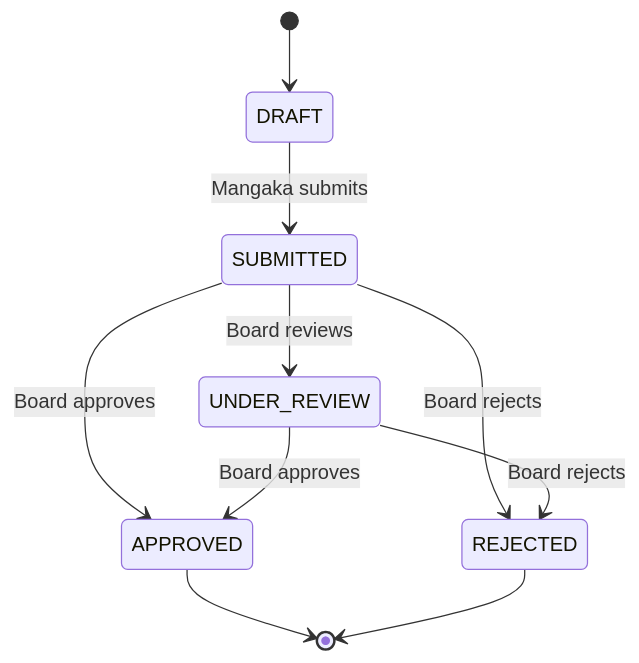
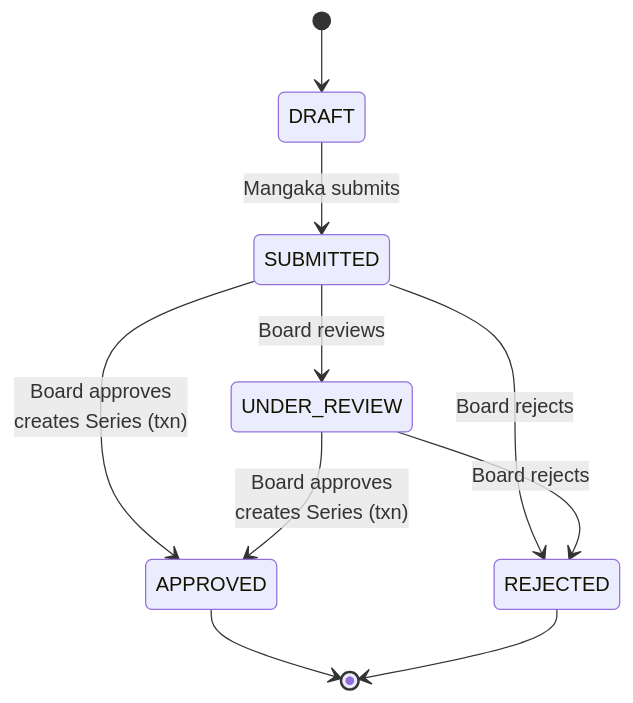
Before and after one commit to zun3007/Manga-Creation-Workflow-and-Publishing-Management-System: the second of 8 diagrams in documents/02-architecture/03-domain-model-and-state-machines.md, drawn with Mermaid. The commit also changed other lines of this file and 20 other files, not shown here.

First line of the commit message:
docs: sync all documentation to current code + fix 11 diagram render bugs

````diff
--- a/documents/02-architecture/03-domain-model-and-state-machines.md
+++ b/documents/02-architecture/03-domain-model-and-state-machines.md
@@ -128,12 +128,12 @@
 ```mermaid
 stateDiagram-v2
     [*] --> DRAFT
     DRAFT --> SUBMITTED: Mangaka submits
     SUBMITTED --> UNDER_REVIEW: Board reviews
-    SUBMITTED --> APPROVED: Board approves
+    SUBMITTED --> APPROVED: Board approves<br/>creates Series (txn)
     SUBMITTED --> REJECTED: Board rejects
-    UNDER_REVIEW --> APPROVED: Board approves
+    UNDER_REVIEW --> APPROVED: Board approves<br/>creates Series (txn)
     UNDER_REVIEW --> REJECTED: Board rejects
     APPROVED --> [*]
     REJECTED --> [*]
 ```
````
